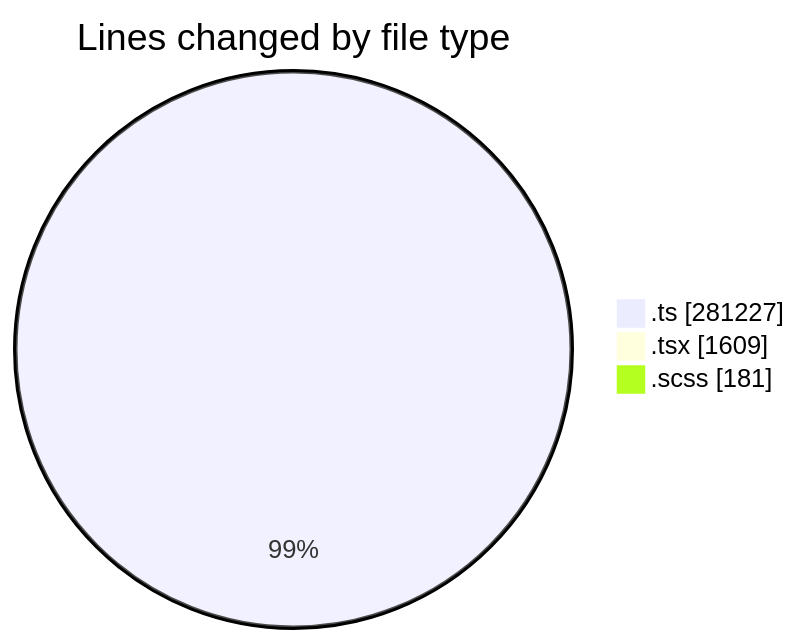
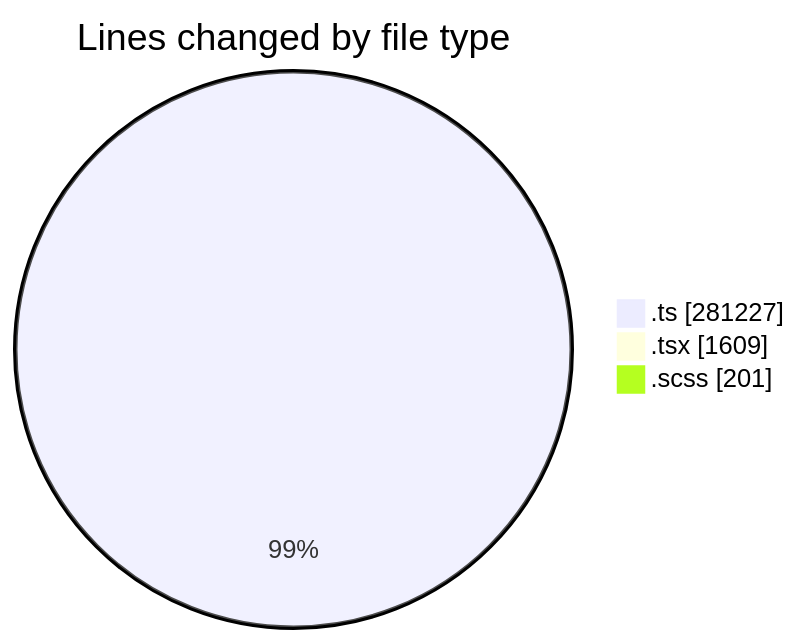
Before and after one commit to momahboobian/code-tracking: the first of 2 diagrams in 2025-08-22/cda/README.md, drawn with Mermaid. The commit also changed other lines of this file and 1 other file, not shown here.

````diff
--- a/2025-08-22/cda/README.md
+++ b/2025-08-22/cda/README.md
@@ -38,7 +39,7 @@
 ```mermaid
 pie showData
 title Lines changed by file type
 ".ts" : 281227
 ".tsx" : 1609
-".scss" : 181
+".scss" : 201
 ```
````
